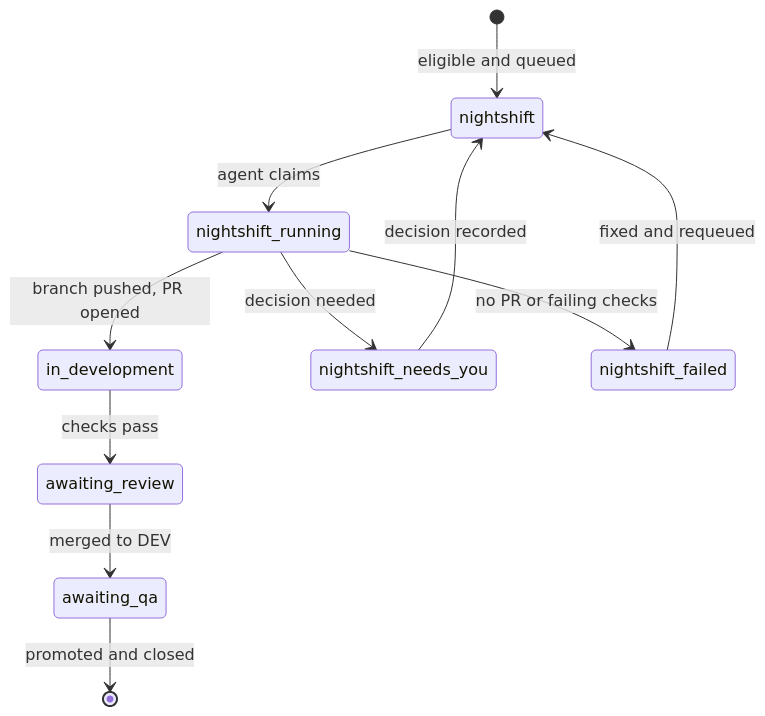
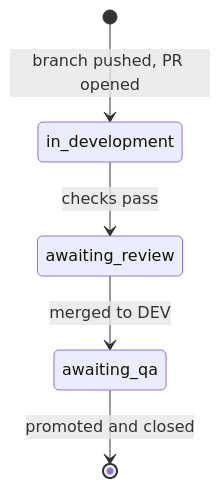
The diagram in docs/labels.md (Azeem-Brown/Household-Finances-Backend), drawn with Mermaid before and after one commit. The commit also changed other lines of this file and 1 other file, not shown here.

First line of the commit message:
Remove nightshift automation labels from the label contract

````diff
--- a/docs/labels.md
+++ b/docs/labels.md
@@ -15,13 +14,7 @@
 ```mermaid
 stateDiagram-v2
-    [*] --> nightshift: eligible and queued
-    nightshift --> nightshift_running: agent claims
-    nightshift_running --> in_development: branch pushed, PR opened
-    nightshift_running --> nightshift_needs_you: decision needed
-    nightshift_running --> nightshift_failed: no PR or failing checks
+    [*] --> in_development: branch pushed, PR opened
     in_development --> awaiting_review: checks pass
     awaiting_review --> awaiting_qa: merged to DEV
     awaiting_qa --> [*]: promoted and closed
-    nightshift_needs_you --> nightshift: decision recorded
-    nightshift_failed --> nightshift: fixed and requeued
 ```
````
